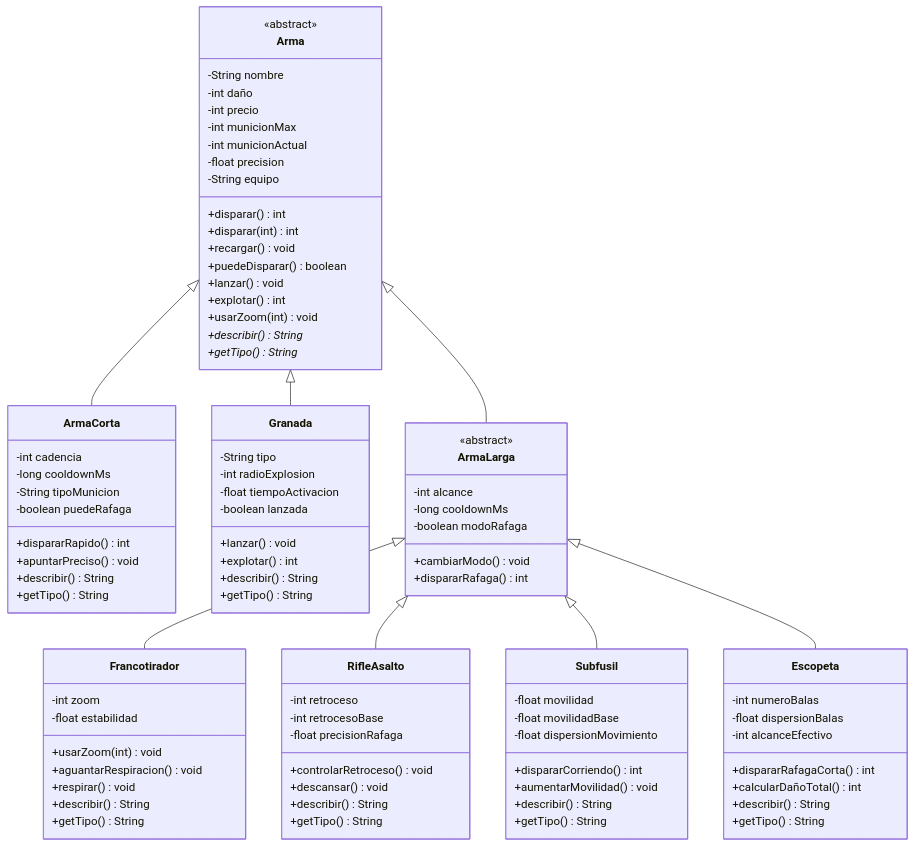
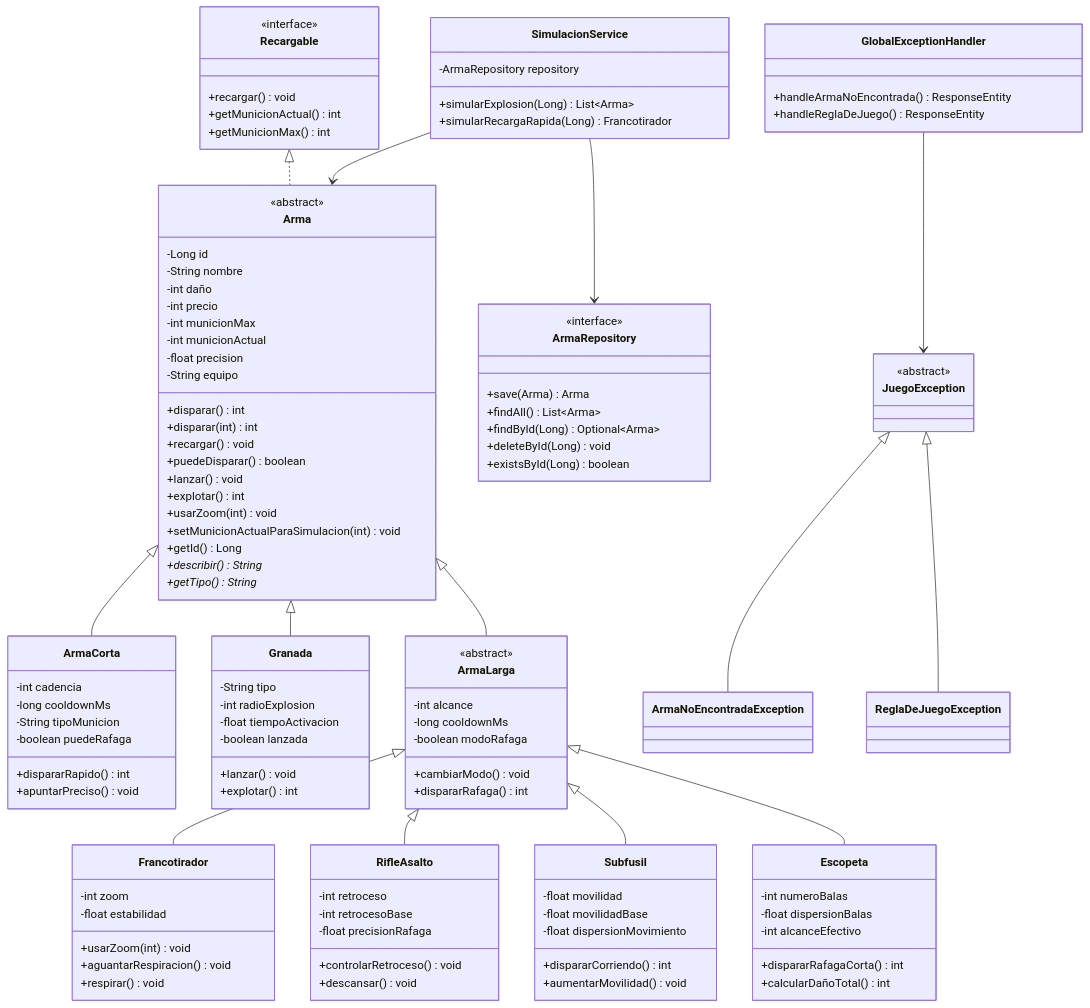
Before and after one commit to Vanzfranhait/mj-taller-git-2026: the diagram in README.md, drawn with Mermaid. The commit also changed other lines of this file, not shown here.

Commit message:
docs: fija commit de la solución POO-08 en README

````diff
--- a/README.md
+++ b/README.md
@@ -91,6 +91,7 @@
 classDiagram
     class Arma {
         <<abstract>>
+        -Long id
         -String nombre
         -int daño
         -int precio
@@ -105,8 +106,17 @@
         +lanzar() void
         +explotar() int
         +usarZoom(int) void
+        +setMunicionActualParaSimulacion(int) void
+        +getId() Long
         +describir()* String
         +getTipo()* String
+    }
+
+    class Recargable {
+        <<interface>>
+        +recargar() void
+        +getMunicionActual() int
+        +getMunicionMax() int
     }
 
     class ArmaCorta {
@@ -116,8 +126,6 @@
         -boolean puedeRafaga
         +dispararRapido() int
         +apuntarPreciso() void
-        +describir() String
-        +getTipo() String
     }
 
     class Granada {
@@ -127,8 +135,6 @@
         -boolean lanzada
         +lanzar() void
         +explotar() int
-        +describir() String
-        +getTipo() String
     }
 
     class ArmaLarga {
@@ -146,8 +152,6 @@
         +usarZoom(int) void
         +aguantarRespiracion() void
         +respirar() void
-        +describir() String
-        +getTipo() String
     }
 
     class RifleAsalto {
@@ -156,8 +160,6 @@
         -float precisionRafaga
         +controlarRetroceso() void
         +descansar() void
-        +describir() String
-        +getTipo() String
     }
 
     class Subfusil {
@@ -166,8 +168,6 @@
         -float dispersionMovimiento
         +dispararCorriendo() int
         +aumentarMovilidad() void
-        +describir() String
-        +getTipo() String
     }
 
     class Escopeta {
@@ -176,10 +176,39 @@
         -int alcanceEfectivo
         +dispararRafagaCorta() int
         +calcularDañoTotal() int
-        +describir() String
-        +getTipo() String
     }
 
+    class ArmaRepository {
+        <<interface>>
+        +save(Arma) Arma
+        +findAll() List~Arma~
+        +findById(Long) Optional~Arma~
+        +deleteById(Long) void
+        +existsById(Long) boolean
+    }
+
+    class SimulacionService {
+        -ArmaRepository repository
+        +simularExplosion(Long) List~Arma~
+        +simularRecargaRapida(Long) Francotirador
+    }
+
+    class JuegoException {
+        <<abstract>>
+    }
+
+    class ArmaNoEncontradaException {
+    }
+
+    class ReglaDeJuegoException {
+    }
+
+    class GlobalExceptionHandler {
+        +handleArmaNoEncontrada() ResponseEntity
+        +handleReglaDeJuego() ResponseEntity
+    }
+
+    Recargable <|.. Arma
     Arma <|-- ArmaCorta
     Arma <|-- Granada
     Arma <|-- ArmaLarga
@@ -188,4 +217,11 @@
     ArmaLarga <|-- RifleAsalto
     ArmaLarga <|-- Subfusil
     ArmaLarga <|-- Escopeta
+
+    JuegoException <|-- ArmaNoEncontradaException
+    JuegoException <|-- ReglaDeJuegoException
+
+    SimulacionService --> ArmaRepository
+    SimulacionService --> Arma
+    GlobalExceptionHandler --> JuegoException
 ```
````
